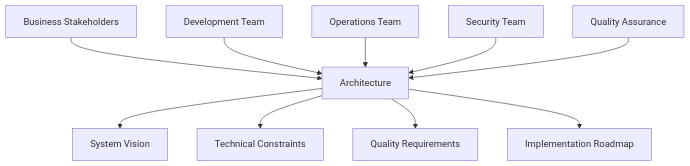
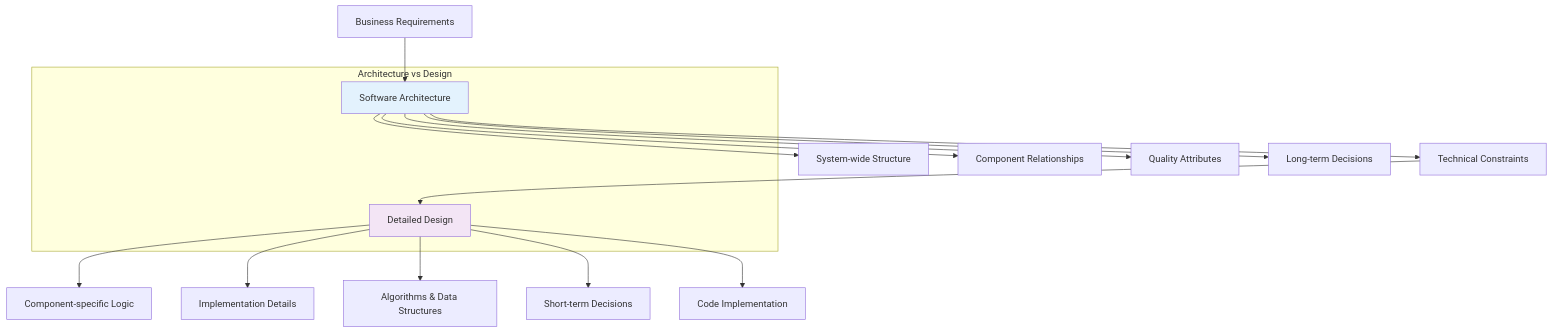
The first of 2 diagrams in chapters/chapter-03.md (hunkim/VibeSoftwareEngineering), drawn with Mermaid before and after one commit. The commit also changed other lines of this file and 6 other files, not shown here.

First line of the commit message:
refactor(chapters): enhance documentation with visual diagrams and interactive prompts

````diff
--- a/chapters/chapter-03.md
+++ b/chapters/chapter-03.md
@@ -56,13 +27,25 @@
 ```mermaid
 graph TD
-    A[Business Stakeholders] --> B[Architecture]
-    C[Development Team] --> B
-    D[Operations Team] --> B
-    E[Security Team] --> B
-    F[Quality Assurance] --> B
+    subgraph "Architecture vs Design"
+        A["Software Architecture"]
+        B["Detailed Design"]
+    end
     
-    B --> G[System Vision]
-    B --> H[Technical Constraints]
-    B --> I[Quality Requirements]
-    B --> J[Implementation Roadmap]
+    A --> C["System-wide Structure"]
+    A --> D["Component Relationships"]
+    A --> E["Quality Attributes"]
+    A --> F["Long-term Decisions"]
+    
+    B --> G["Component-specific Logic"]
+    B --> H["Implementation Details"]
+    B --> I["Algorithms & Data Structures"]
+    B --> J["Short-term Decisions"]
+    
+    K["Business Requirements"] --> A
+    A --> L["Technical Constraints"]
+    L --> B
+    B --> M["Code Implementation"]
+    
+    style A fill:#e3f2fd
+    style B fill:#f3e5f5
 ```
````
